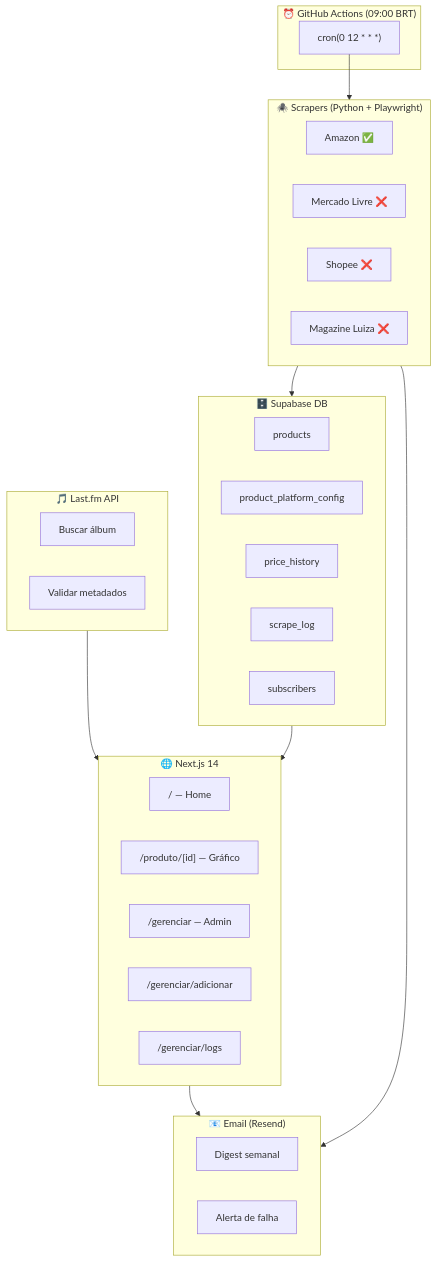
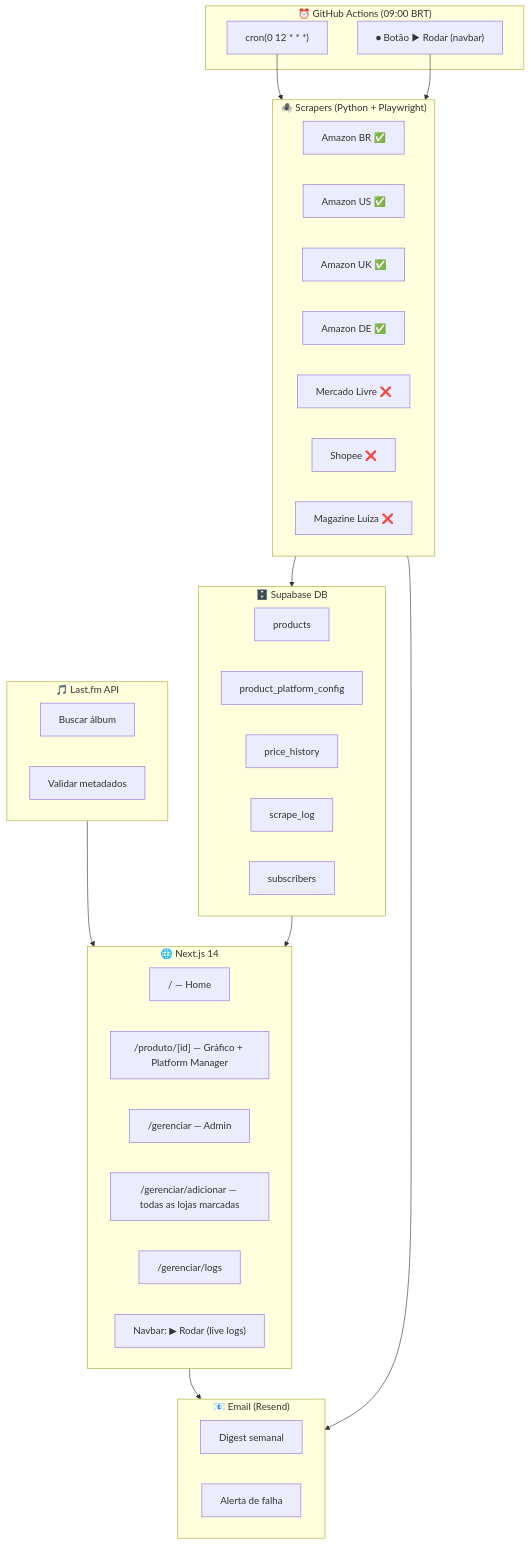
The diagram in README.md (cavalcanteprofissional/cd-price-tracker), drawn with Mermaid before and after one commit. The commit also changed other lines of this file and 8 other files, not shown here.

First line of the commit message:
feat: v0.9.0 — Run Scraper navbar + live logs + Platform Manager + default platforms

````diff
--- a/README.md
+++ b/README.md
@@ -5,46 +5,52 @@
 ```mermaid
 flowchart TB
     subgraph Schedule["⏰ GitHub Actions (09:00 BRT)"]
         CRON["cron(0 12 * * *)"]
+        TRIGGER["⏺ Botão ▶ Rodar (navbar)"]
     end
 
     subgraph Scrapers["🕷️ Scrapers (Python + Playwright)"]
-        AMZN["Amazon ✅"]
+        AMZN["Amazon BR ✅"]
+        AMZN_US["Amazon US ✅"]
+        AMZN_UK["Amazon UK ✅"]
+        AMZN_DE["Amazon DE ✅"]
         ML["Mercado Livre ❌"]
         SHOP["Shopee ❌"]
         MGL["Magazine Luiza ❌"]
     end
 
     subgraph LastFM["🎵 Last.fm API"]
         SEARCH["Buscar álbum"]
         VALIDATE["Validar metadados"]
     end
 
     subgraph Supabase["🗄️ Supabase DB"]
         PRODUCTS["products"]
         CONFIG["product_platform_config"]
         PRICES["price_history"]
         LOGS["scrape_log"]
         SUBS["subscribers"]
     end
 
     subgraph Frontend["🌐 Next.js 14"]
         HOME["/ — Home"]
-        DETAIL["/produto/[id] — Gráfico"]
+        DETAIL["/produto/[id] — Gráfico + Platform Manager"]
         ADMIN["/gerenciar — Admin"]
-        ADD["/gerenciar/adicionar"]
+        ADD["/gerenciar/adicionar — todas as lojas marcadas"]
         LOGS_PAGE["/gerenciar/logs"]
+        NAV["Navbar: ▶ Rodar (live logs)"]
     end
 
     subgraph Email["📧 Email (Resend)"]
         DIGEST["Digest semanal"]
         ALERT["Alerta de falha"]
     end
 
     CRON --> Scrapers
+    TRIGGER --> Scrapers
     Scrapers --> Supabase
     LastFM --> Frontend
     Supabase --> Frontend
     Frontend --> Email
     Scrapers --> Email
 ```
````
